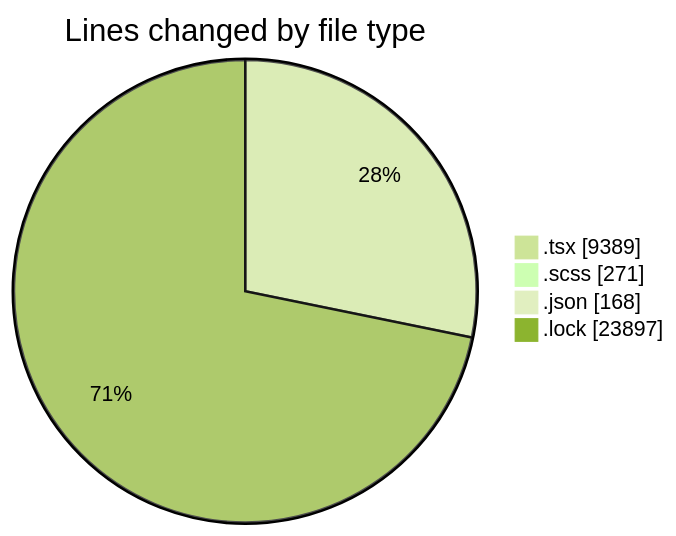
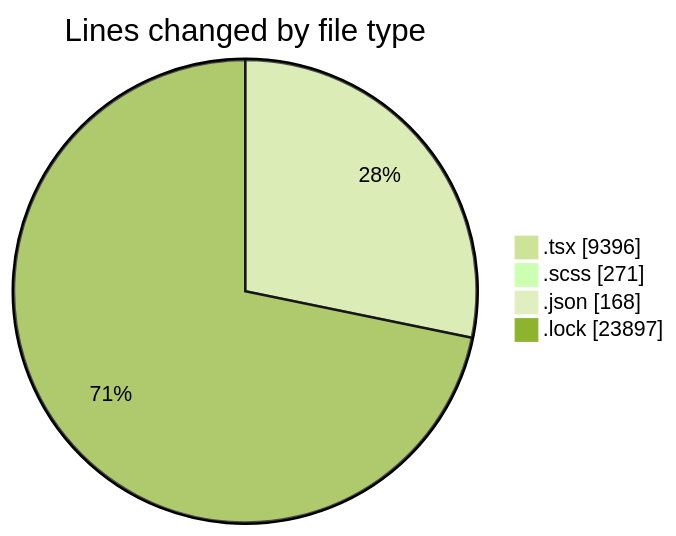
The first of 2 diagrams in 2025-11-18/cda/README.md (momahboobian/code-tracking), drawn with Mermaid (forest theme) before and after one commit. The commit also changed other lines of this file and 1 other file, not shown here.

````diff
--- a/2025-11-18/cda/README.md
+++ b/2025-11-18/cda/README.md
@@ -38,8 +38,8 @@
 ```mermaid
 pie showData
 title Lines changed by file type
-".tsx" : 9389
+".tsx" : 9396
 ".scss" : 271
 ".json" : 168
 ".lock" : 23897
 ```
````
